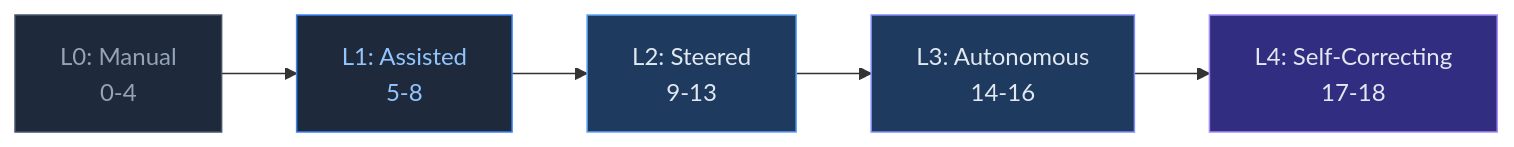
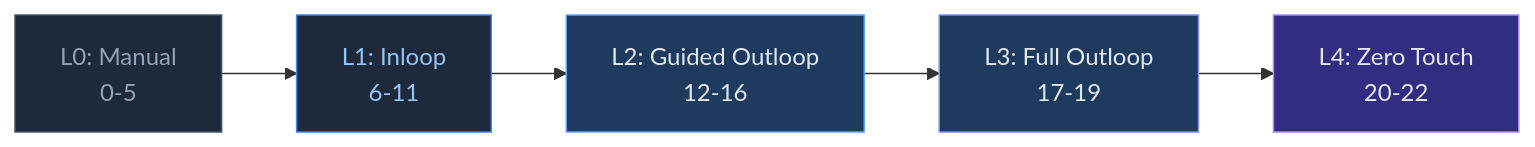
The third of 4 diagrams in README.md (WellDunDun/reins), drawn with Mermaid before and after one commit. The commit also changed other lines of this file and 23 other files, not shown here.

````diff
--- a/README.md
+++ b/README.md
@@ -169,13 +169,13 @@
 ```mermaid
 graph LR
-    L0["L0: Manual\n0-4"] --> L1["L1: Assisted\n5-8"]
-    L1 --> L2["L2: Steered\n9-13"]
-    L2 --> L3["L3: Autonomous\n14-16"]
-    L3 --> L4["L4: Self-Correcting\n17-18"]
+    L0["L0: Manual\n0-5"] --> L1["L1: Inloop\n6-11"]
+    L1 --> L2["L2: Guided Outloop\n12-16"]
+    L2 --> L3["L3: Full Outloop\n17-19"]
+    L3 --> L4["L4: Zero Touch\n20-22"]
 
     style L0 fill:#1e293b,stroke:#475569,color:#94a3b8
     style L1 fill:#1e293b,stroke:#3b82f6,color:#93c5fd
     style L2 fill:#1e3a5f,stroke:#60a5fa,color:#e2e8f0
     style L3 fill:#1e3a5f,stroke:#818cf8,color:#e2e8f0
     style L4 fill:#312e81,stroke:#a78bfa,color:#e2e8f0
 ```
````
